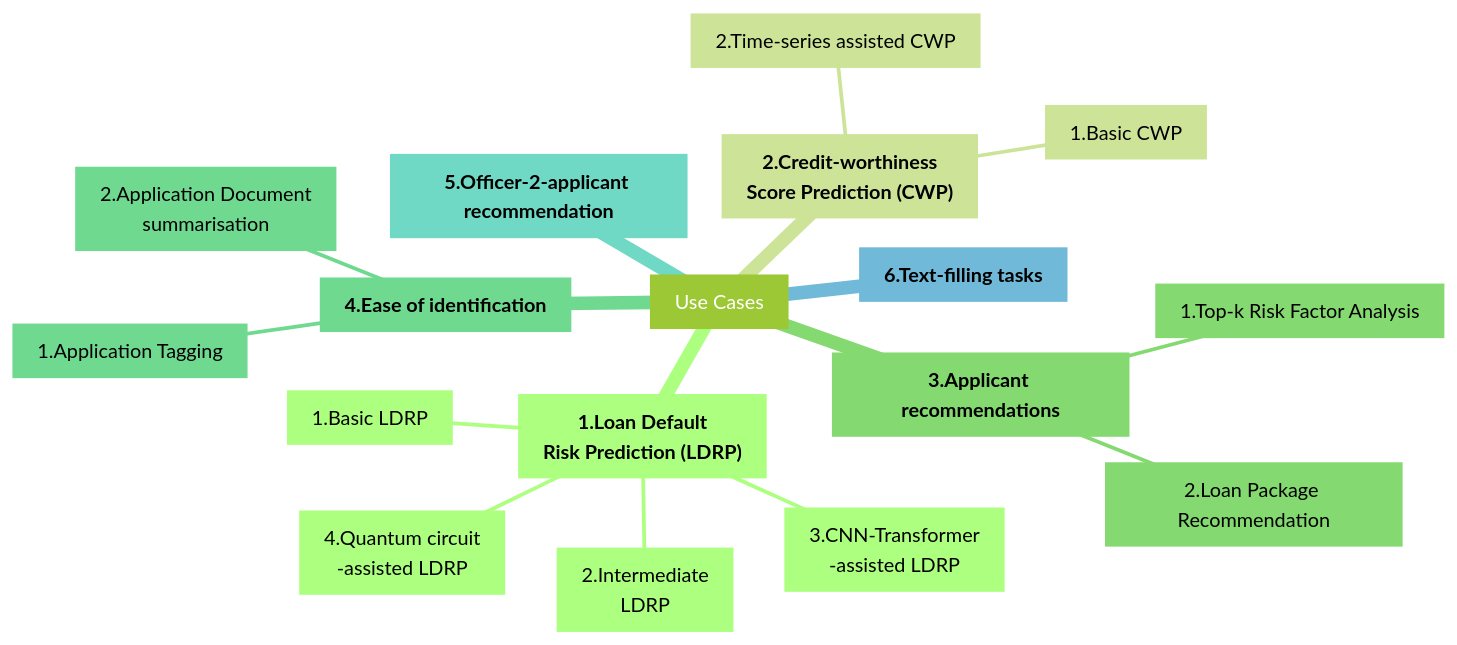
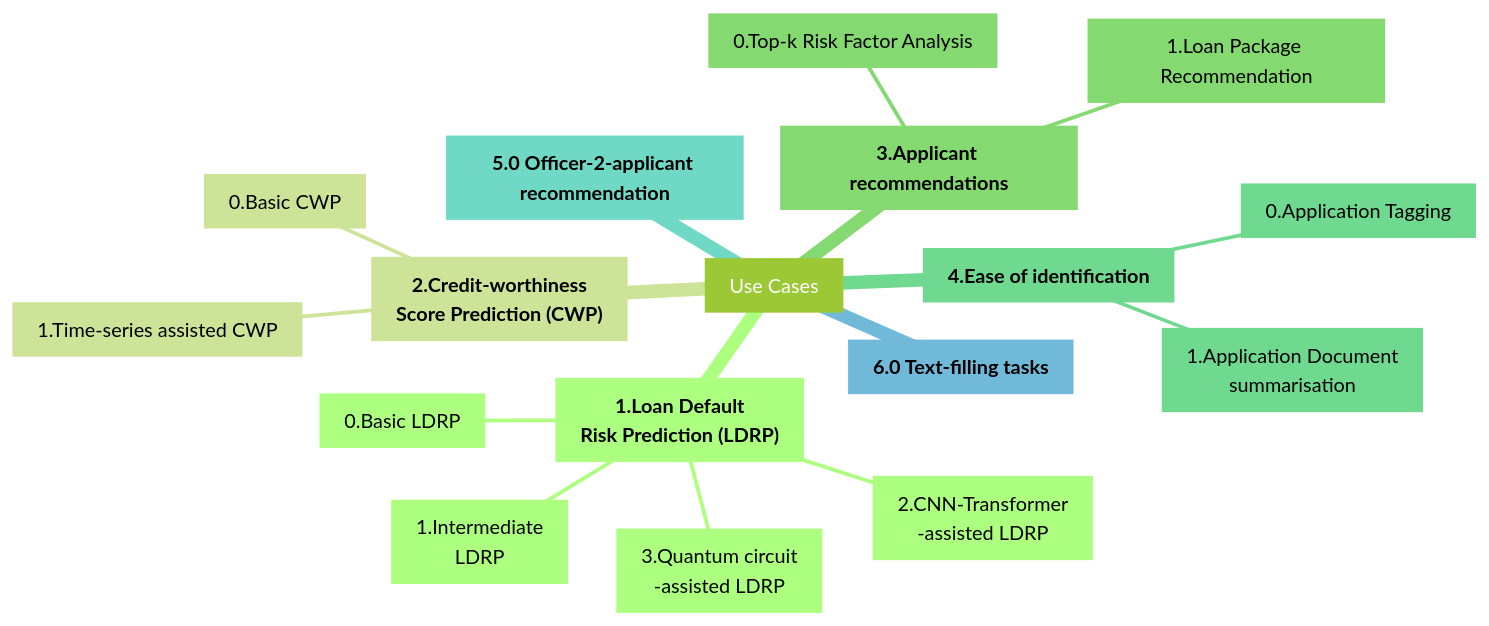
One commit to Zypperman/DBTT_G1_GRP3 changed the diagram in README.md. Above: the diagram before and after it, drawn with Mermaid.

````diff
--- a/README.md
+++ b/README.md
@@ -39,30 +39,30 @@
 ```mermaid
 ---
 config:
   theme: forest
 ---
 mindmap
   root[Use Cases]
         id1["`**1.Loan Default <br> Risk Prediction (LDRP)**`"]
         
-            id1[1.Basic LDRP]
-            id1[2.Intermediate<br>LDRP]
-            id1[3.CNN-Transformer<br>-assisted LDRP]
-            id1[4.Quantum circuit<br>-assisted LDRP]
+            id1[0.Basic LDRP]
+            id1[1.Intermediate<br>LDRP]
+            id1[2.CNN-Transformer<br>-assisted LDRP]
+            id1[3.Quantum circuit<br>-assisted LDRP]
 
         id2["`**2.Credit-worthiness <br> Score Prediction (CWP)**`"]
-            id2["1.Basic CWP "]
-            id2["2.Time-series assisted CWP"]
+            id2["0.Basic CWP "]
+            id2["1.Time-series assisted CWP"]
 
         id3["`**3.Applicant recommendations**`"]        
-            id3["1.Top-k Risk Factor Analysis"]
-            id3["2.Loan Package Recommendation"]
+            id3["0.Top-k Risk Factor Analysis"]
+            id3["1.Loan Package Recommendation"]
 
         id3["`**4.Ease of identification**`"]        
-            id3["1.Application Tagging"]
-            id3["2.Application Document<br>summarisation"]
+            id3["0.Application Tagging"]
+            id3["1.Application Document<br>summarisation"]
 
-        id3["`**5.Officer-2-applicant recommendation**`"]
+        id3["`**5.0 Officer-2-applicant recommendation**`"]
         
-        id3["`**6.Text-filling tasks**`"]
+        id3["`**6.0 Text-filling tasks**`"]
 ```
````
